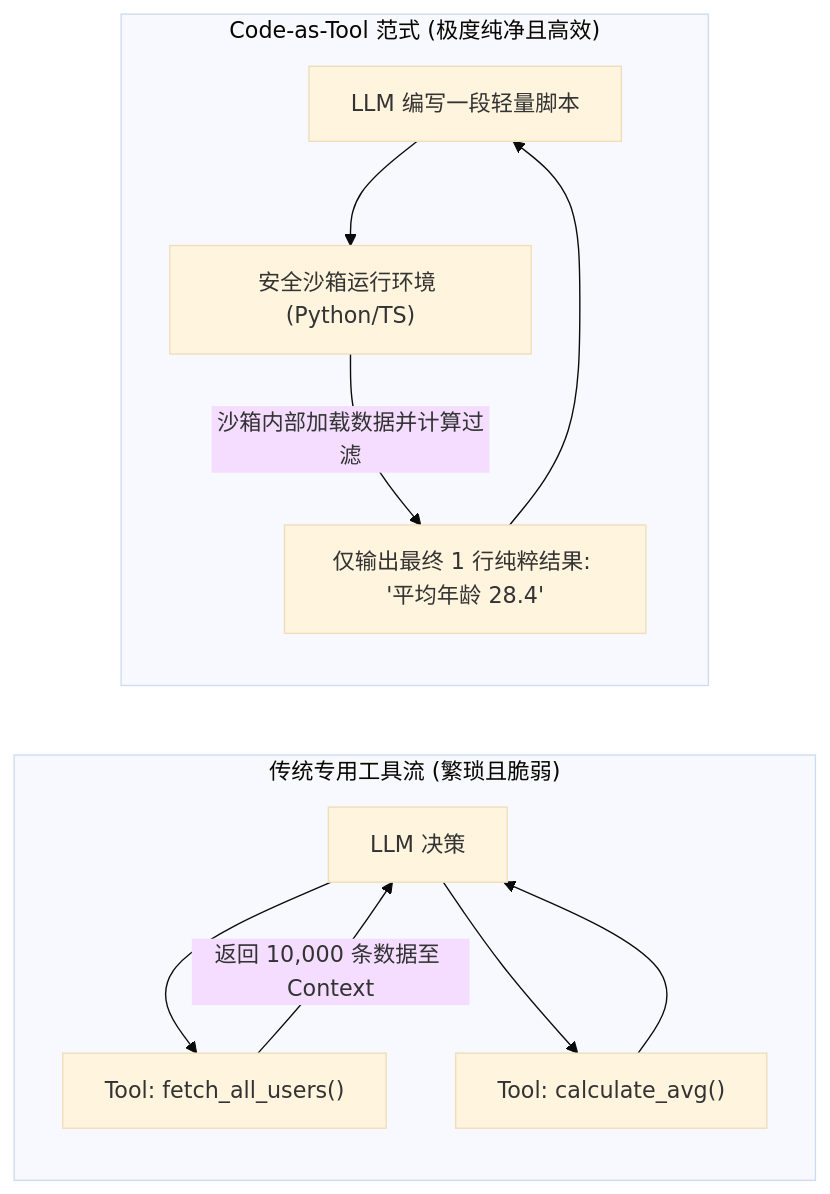
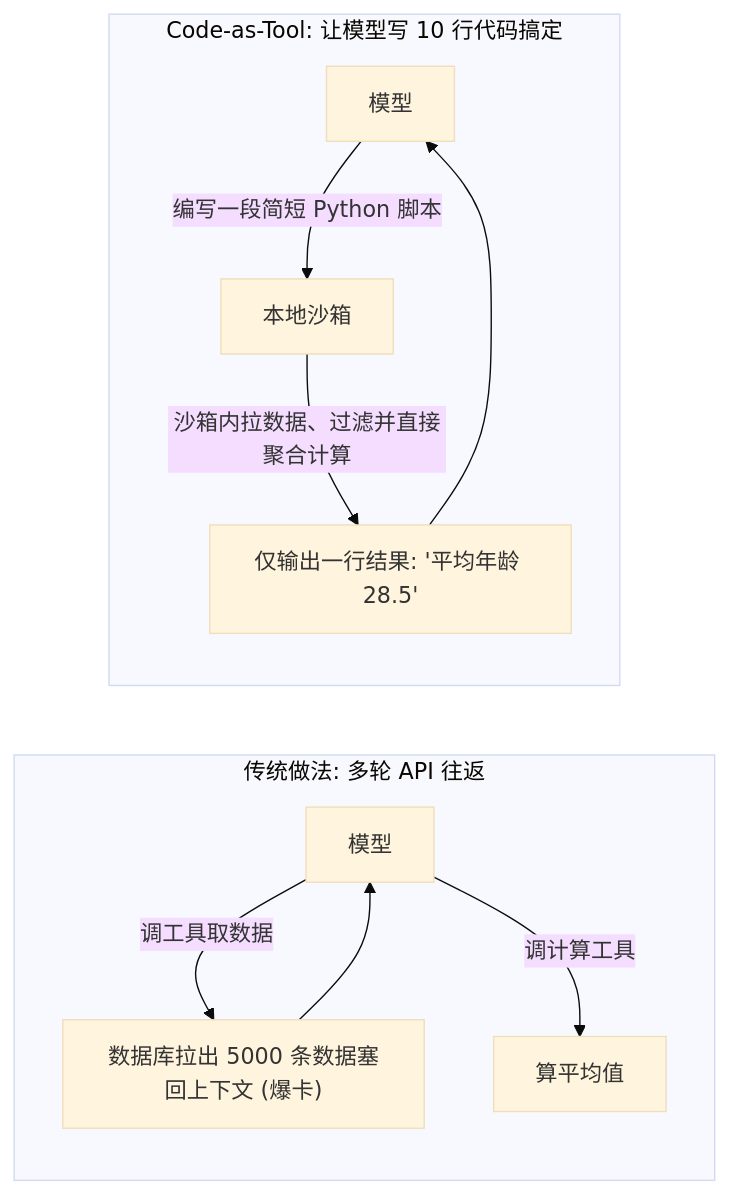
Before and after one commit to ljh12138164/ai-agent-study: the third of 3 diagrams in app/ch04-tools/03-dynamic-discovery-and-mcp-zero/page.mdx, drawn with Mermaid (base theme). The commit also changed other lines of this file and 43 other files, not shown here.

````diff
--- a/app/ch04-tools/03-dynamic-discovery-and-mcp-zero/page.mdx
+++ b/app/ch04-tools/03-dynamic-discovery-and-mcp-zero/page.mdx
@@ -79,15 +72,14 @@
 ```mermaid
-graph LR
-    subgraph TraditionalAPI["传统专用工具流 (繁琐且脆弱)"]
-        LLM1["LLM 决策"] --> Call1["Tool: fetch_all_users()"]
-        Call1 -->|返回 10,000 条数据至 Context| LLM1
-        LLM1 --> Call2["Tool: calculate_avg()"]
-        Call2 --> LLM1
+flowchart LR
+    subgraph Bad["传统做法: 多轮 API 往返"]
+        M1[模型] -->|调工具取数据| D1["数据库拉出 5000 条数据塞回上下文 (爆卡)"]
+        D1 --> M1
+        M1 -->|调计算工具| C1[算平均值]
     end
-    
-    subgraph CodeAsTool["Code-as-Tool 范式 (极度纯净且高效)"]
-        LLM2["LLM 编写一段轻量脚本"] --> Sandbox["安全沙箱运行环境 (Python/TS)"]
-        Sandbox -->|沙箱内部加载数据并计算过滤| Result["仅输出最终 1 行纯粹结果: '平均年龄 28.4'"]
-        Result --> LLM2
+
+    subgraph Good["Code-as-Tool: 让模型写 10 行代码搞定"]
+        M2[模型] -->|编写一段简短 Python 脚本| Box[本地沙箱]
+        Box -->|沙箱内拉数据、过滤并直接聚合计算| Ans["仅输出一行结果: '平均年龄 28.5'"]
+        Ans --> M2
     end
 ```
````
